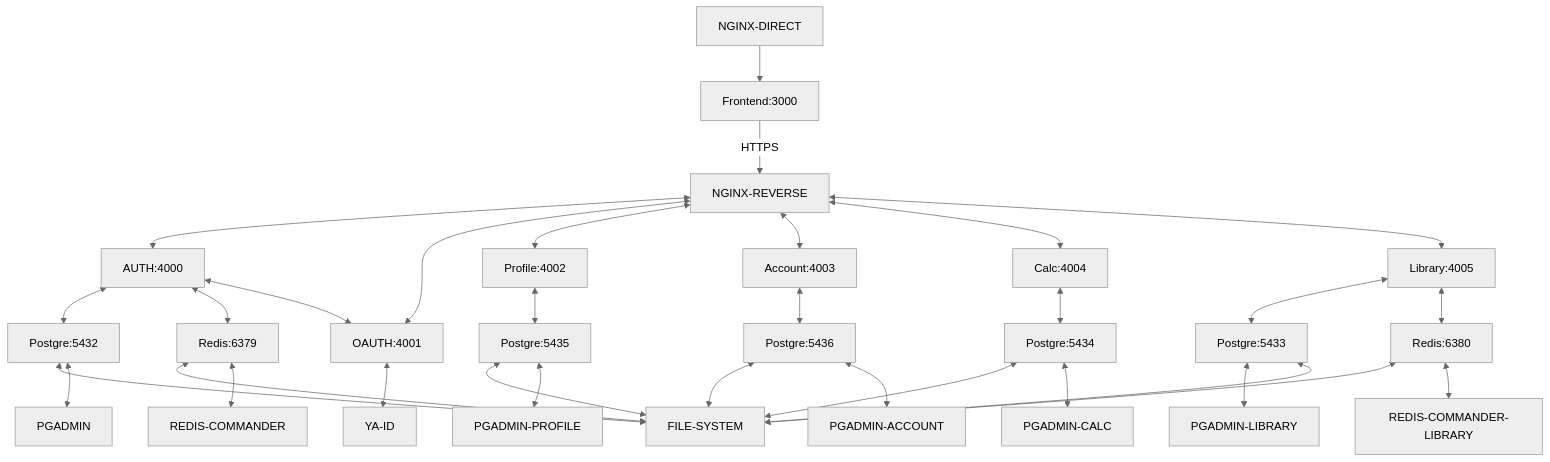
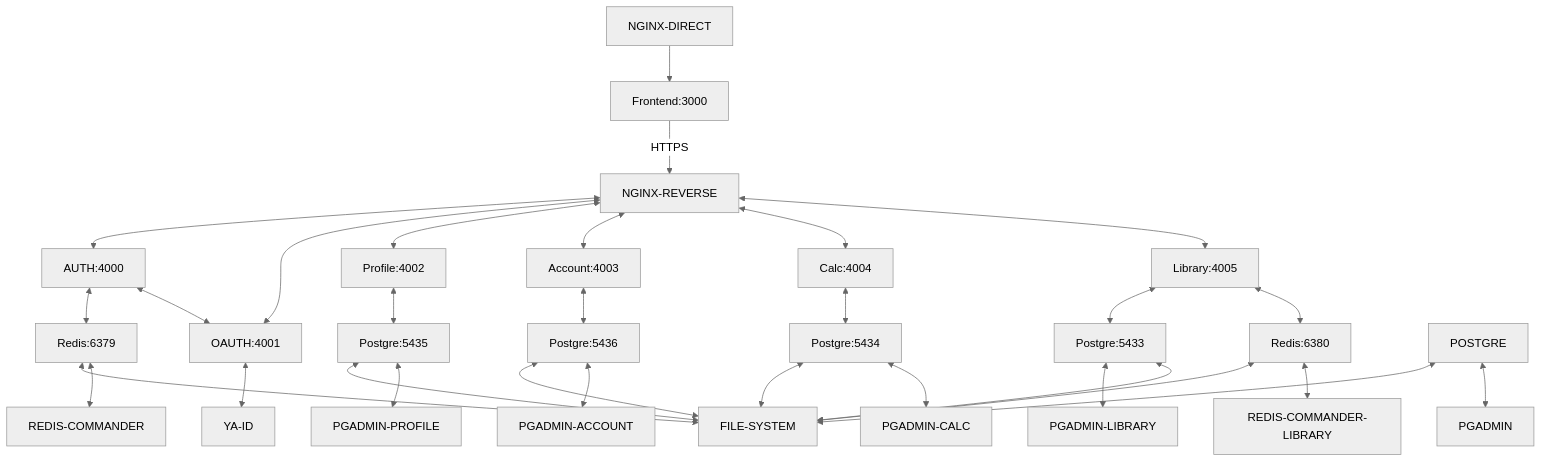
One commit to entools/tools.interface changed the second of 2 diagrams in draft2.md. Above: the diagram before and after it, drawn with Mermaid (neutral theme).

````diff
--- a/draft2.md
+++ b/draft2.md
@@ -12,38 +12,37 @@
 ```mermaid
 flowchart
 NGINX-DIRECT --> FRONTEND[Frontend:3000]
 FRONTEND --> |HTTPS| NGINX-REVERSE
 NGINX-REVERSE <--> AUTH[AUTH:4000]
 NGINX-REVERSE <--> OAUTH[OAUTH:4001]
 NGINX-REVERSE <--> PROFILE[Profile:4002]
 NGINX-REVERSE <--> ACCOUNT[Account:4003]
 NGINX-REVERSE <--> CALC[Calc:4004]
 NGINX-REVERSE <--> LIBRARY[Library:4005]
 LIBRARY <--> POSTGRE-LIBRARY[Postgre:5433]
 LIBRARY <--> REDIS-LIBRARY[Redis:6380]
 CALC <--> POSTGRE-CALC[Postgre:5434]
 
 PROFILE <--> POSTGRE-PROFILE[Postgre:5435]
 ACCOUNT <--> POSTGRE-ACCOUNT[Postgre:5436]
 
 
 POSTGRE-CALC <--> FILE-SYSTEM
 POSTGRE-PROFILE <--> FILE-SYSTEM
 POSTGRE-ACCOUNT <--> FILE-SYSTEM
 POSTGRE-CALC <--> PGADMIN-CALC
 POSTGRE-LIBRARY <--> PGADMIN-LIBRARY
 POSTGRE-PROFILE <--> PGADMIN-PROFILE
 POSTGRE-ACCOUNT <--> PGADMIN-ACCOUNT
 
 OAUTH <--> YA-ID
-AUTH <--> POSTGRE[Postgre:5432]
 AUTH <--> REDIS[Redis:6379]
 AUTH <--> OAUTH
 REDIS <--> FILE-SYSTEM
 REDIS <--> REDIS-COMMANDER
 REDIS-LIBRARY <--> FILE-SYSTEM
 REDIS-LIBRARY <--> REDIS-COMMANDER-LIBRARY
 POSTGRE <--> FILE-SYSTEM
 POSTGRE <--> PGADMIN
 POSTGRE-LIBRARY <--> FILE-SYSTEM
 ```
````
